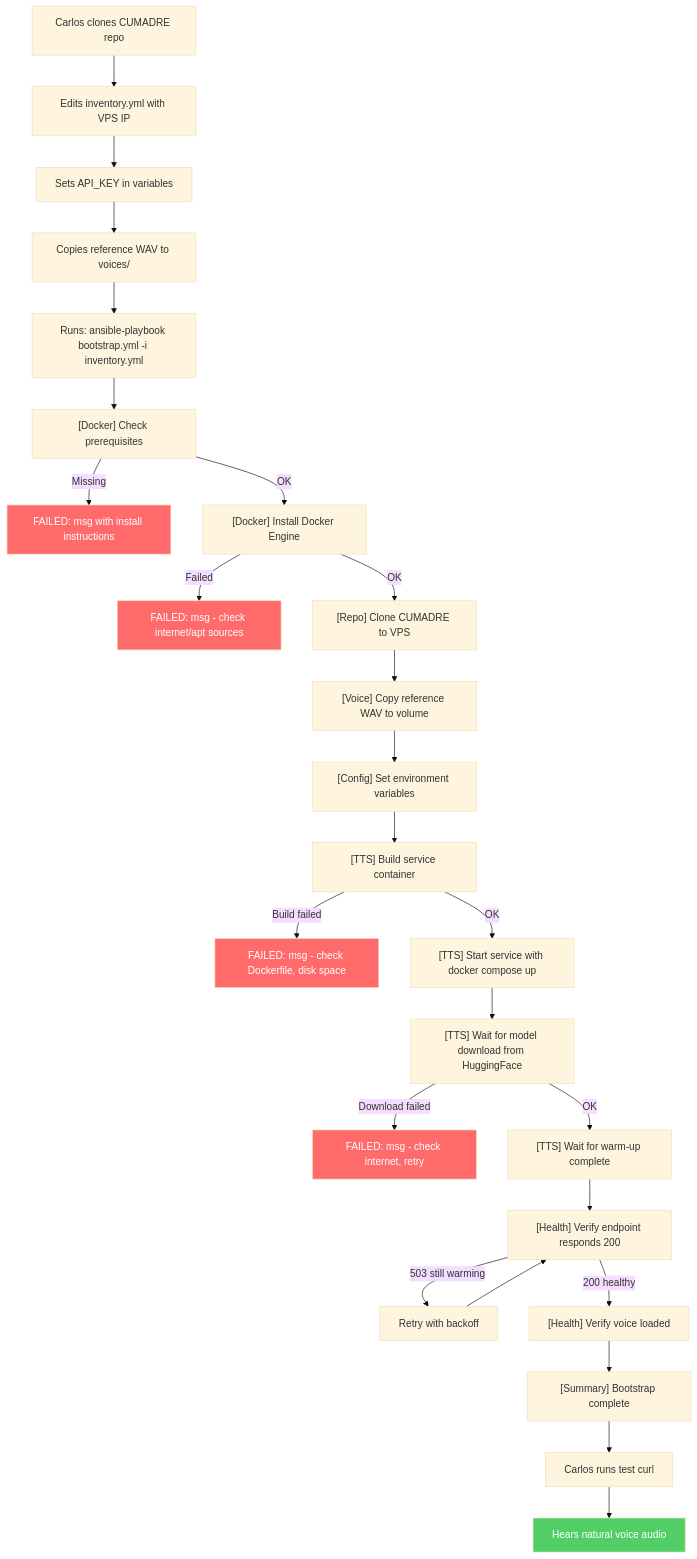
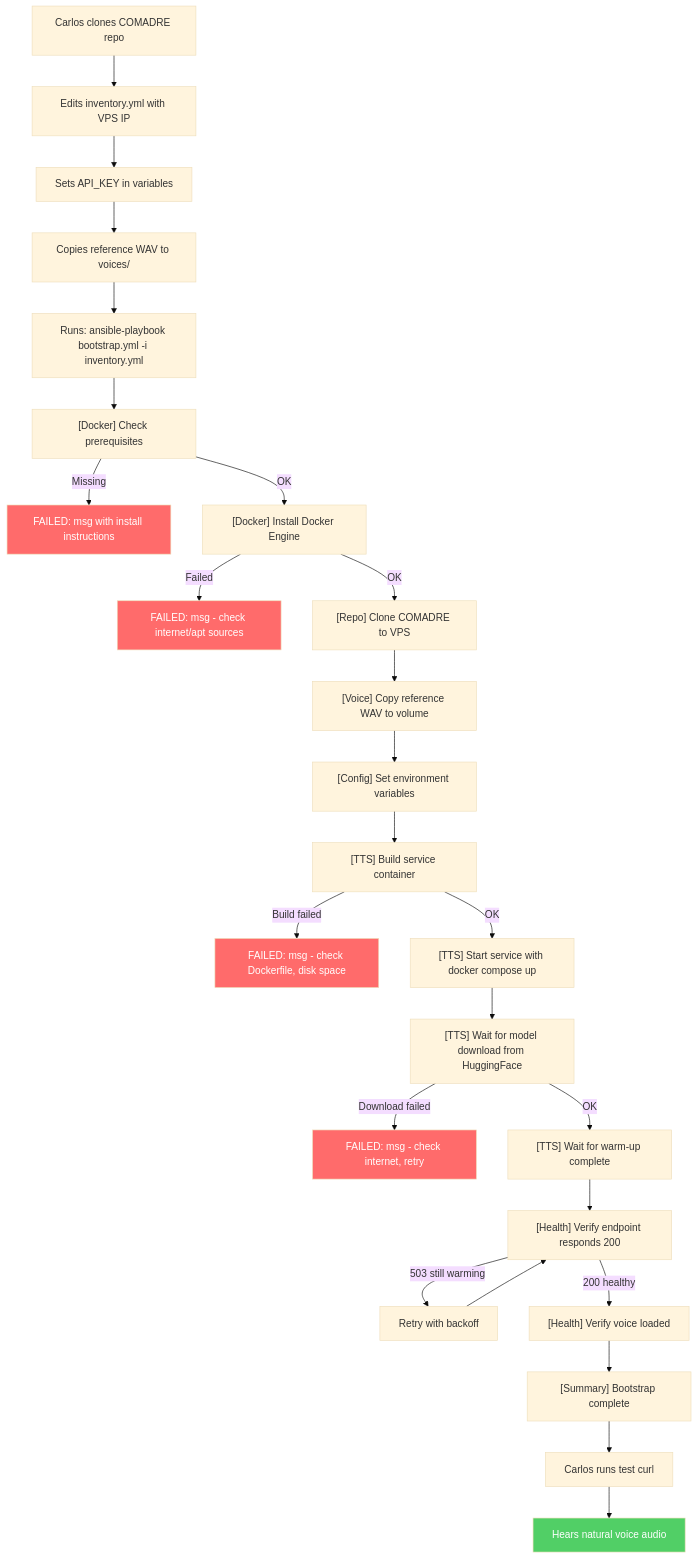
Before and after one commit to docg1701/comadre: the first of 3 diagrams in _bmad-output/planning-artifacts/ux-design-specification.md, drawn with Mermaid (base theme). The commit also changed other lines of this file and 81 other files, not shown here.

First line of the commit message:
Rename project from CUMADRE to COMADRE

````diff
--- a/_bmad-output/planning-artifacts/ux-design-specification.md
+++ b/_bmad-output/planning-artifacts/ux-design-specification.md
@@ -600,40 +600,40 @@
 ```mermaid
 flowchart TD
-    A[Carlos clones CUMADRE repo] --> B[Edits inventory.yml with VPS IP]
+    A[Carlos clones COMADRE repo] --> B[Edits inventory.yml with VPS IP]
     B --> C[Sets API_KEY in variables]
     C --> D[Copies reference WAV to voices/]
     D --> E["Runs: ansible-playbook bootstrap.yml -i inventory.yml"]
 
     E --> F["[Docker] Check prerequisites"]
     F -->|Missing| F1["FAILED: msg with install instructions"]
     F -->|OK| G["[Docker] Install Docker Engine"]
 
     G -->|Failed| G1["FAILED: msg - check internet/apt sources"]
-    G -->|OK| H["[Repo] Clone CUMADRE to VPS"]
+    G -->|OK| H["[Repo] Clone COMADRE to VPS"]
 
     H --> I["[Voice] Copy reference WAV to volume"]
     I --> J["[Config] Set environment variables"]
     J --> K["[TTS] Build service container"]
 
     K -->|Build failed| K1["FAILED: msg - check Dockerfile, disk space"]
     K -->|OK| L["[TTS] Start service with docker compose up"]
 
     L --> M["[TTS] Wait for model download from HuggingFace"]
     M -->|Download failed| M1["FAILED: msg - check internet, retry"]
     M -->|OK| N["[TTS] Wait for warm-up complete"]
 
     N --> O["[Health] Verify endpoint responds 200"]
     O -->|503 still warming| O1["Retry with backoff"]
     O1 --> O
     O -->|200 healthy| P["[Health] Verify voice loaded"]
 
     P --> Q["[Summary] Bootstrap complete"]
     Q --> R["Carlos runs test curl"]
     R --> S["Hears natural voice audio"]
 
     style F1 fill:#ff6b6b,color:#fff
     style G1 fill:#ff6b6b,color:#fff
     style K1 fill:#ff6b6b,color:#fff
     style M1 fill:#ff6b6b,color:#fff
     style S fill:#51cf66,color:#fff
 ```
````
